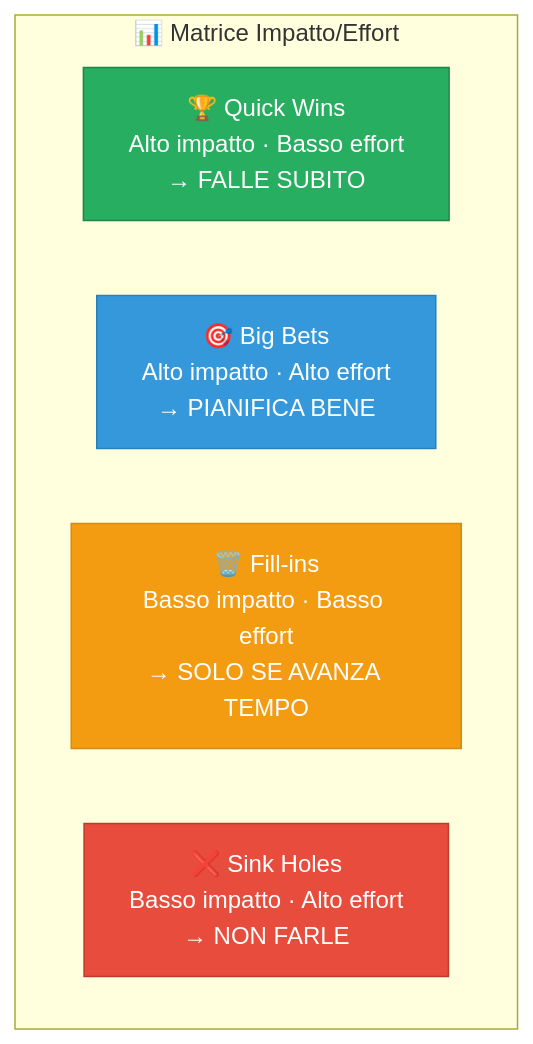
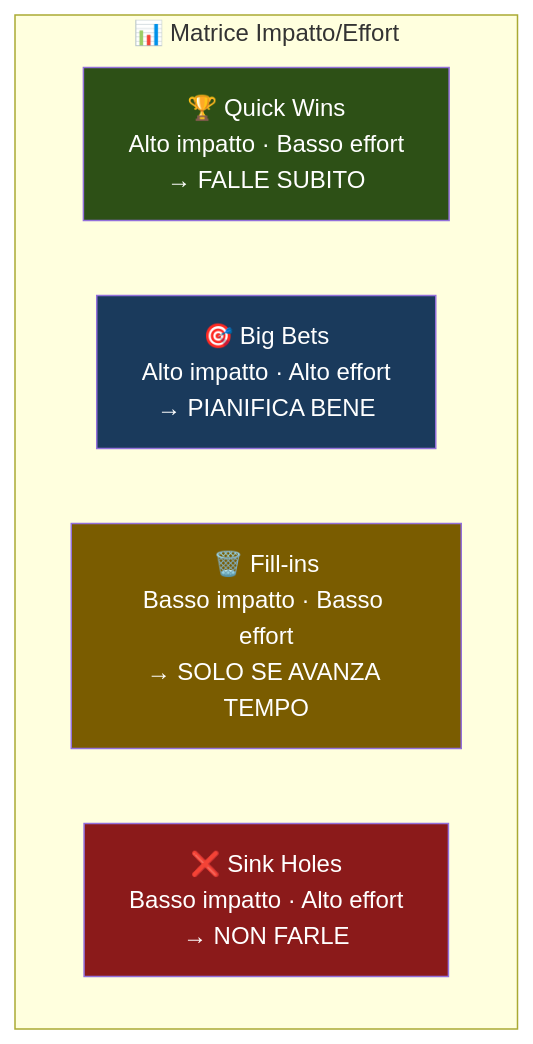
Before and after one commit to AndreyBertasini/gynnitech: the fourth of 5 diagrams in src/content/corso/analisi-prodotto/prioritizzazione-feature.mdx, drawn with Mermaid. The commit also changed other lines of this file and 21 other files, not shown here.

First line of the commit message:
style: applica color scheme semantico a tutti i diagrammi Mermaid del corso

````diff
--- a/src/content/corso/analisi-prodotto/prioritizzazione-feature.mdx
+++ b/src/content/corso/analisi-prodotto/prioritizzazione-feature.mdx
@@ -167,13 +179,13 @@
 ```mermaid
 graph TD
     subgraph "📊 Matrice Impatto/Effort"
         Q1["🏆 Quick Wins\nAlto impatto · Basso effort\n→ FALLE SUBITO"]
         Q2["🎯 Big Bets\nAlto impatto · Alto effort\n→ PIANIFICA BENE"]
         Q3["🗑️ Fill-ins\nBasso impatto · Basso effort\n→ SOLO SE AVANZA TEMPO"]
         Q4["❌ Sink Holes\nBasso impatto · Alto effort\n→ NON FARLE"]
     end
-    style Q1 fill:#27ae60,stroke:#1e8449,color:#fff
-    style Q2 fill:#3498db,stroke:#2980b9,color:#fff
-    style Q3 fill:#f39c12,stroke:#d68910,color:#fff
-    style Q4 fill:#e74c3c,stroke:#c0392b,color:#fff
+    style Q1 fill:#2d5016,color:#ffffff
+    style Q2 fill:#1a3a5c,color:#ffffff
+    style Q3 fill:#7a5c00,color:#ffffff
+    style Q4 fill:#8b1a1a,color:#ffffff
 ```
````
